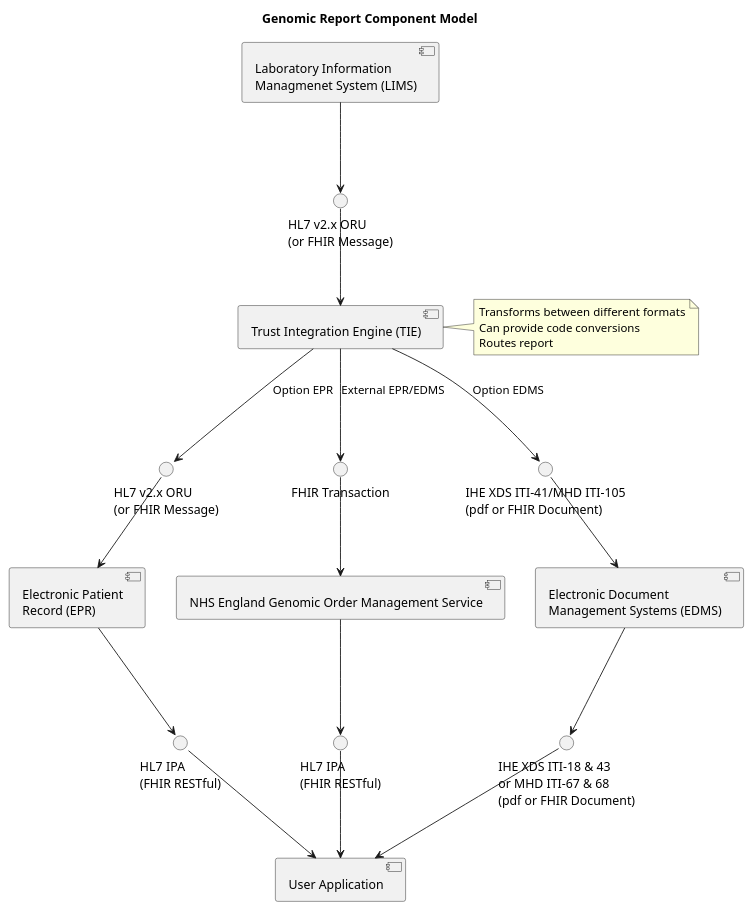
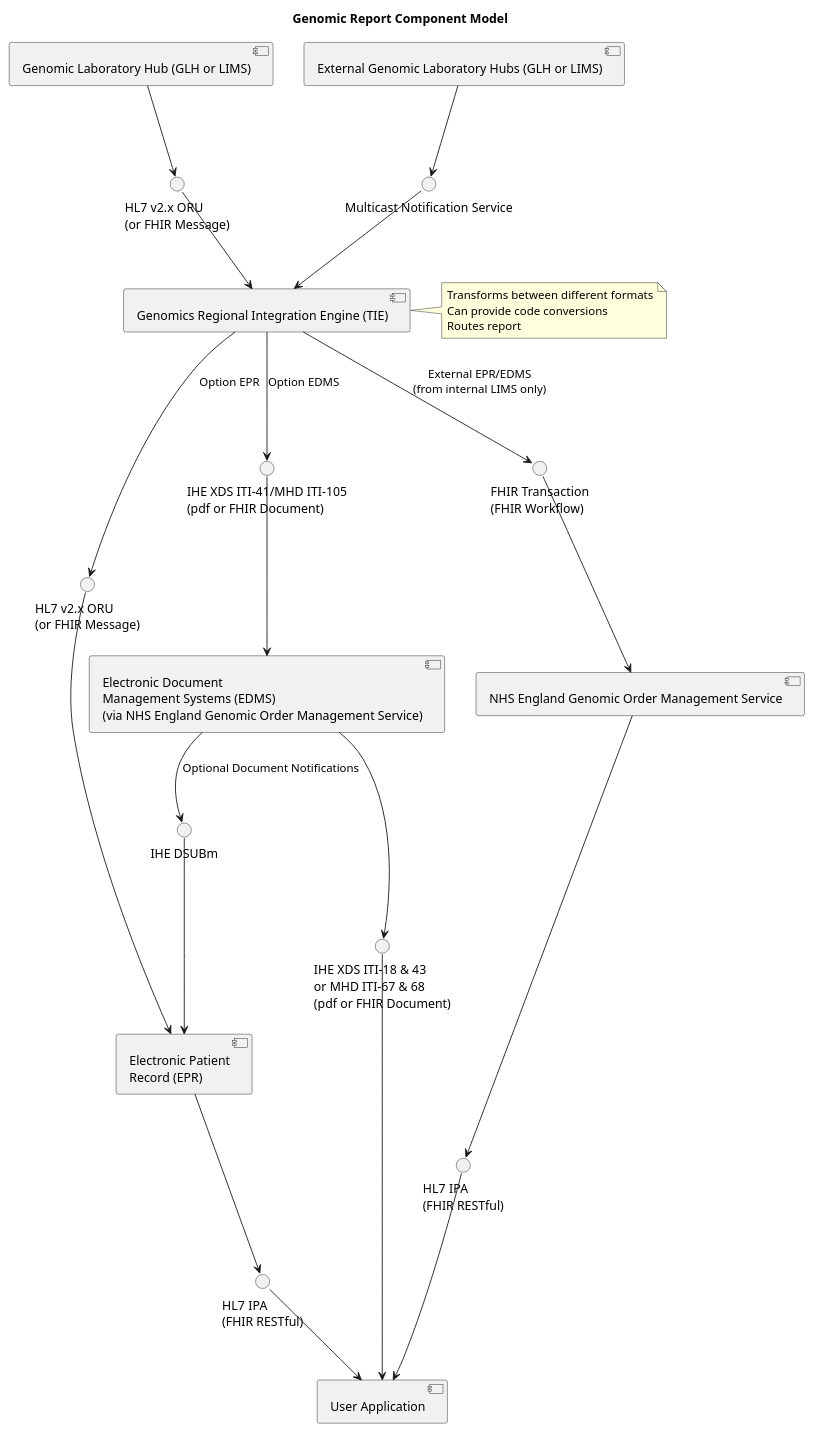
One commit to nw-gmsa/nw-gmsa.github.com changed the diagram in input/images-source/reports-component.plantuml. Above: the diagram before and after it, drawn with PlantUML. The commit also changed 1 other file, not shown here.

```diff
--- a/input/images-source/reports-component.plantuml
+++ b/input/images-source/reports-component.plantuml
@@ -1,51 +1,61 @@
 @startuml
 
 title "Genomic Report Component Model"
 
-component "Laboratory Information\nManagmenet System (LIMS)" as LIMS
+component "Genomic Laboratory Hub (GLH or LIMS)" as LIMS
+component "External Genomic Laboratory Hubs (GLH or LIMS)" as xLIMS
 
 component "Electronic Patient\nRecord (EPR)" as EPR
 
-component "Electronic Document\nManagement Systems (EDMS)" as EDMS
+component "Electronic Document\nManagement Systems (EDMS)\n(via NHS England Genomic Order Management Service)" as EDMS
 
-component "Trust Integration Engine (TIE)" as TIE
+component "Genomics Regional Integration Engine (TIE)" as TIE
 component "NHS England Genomic Order Management Service" as GOMS
 
 interface "HL7 v2.x ORU\n(or FHIR Message)" as HL7_ORU1
 interface "HL7 v2.x ORU\n(or FHIR Message)" as HL7_ORU2
-interface "FHIR Transaction" as Transaction
+interface "Multicast Notification Service" as MNS
+interface "FHIR Transaction\n(FHIR Workflow)" as Transaction
 interface "IHE XDS ITI-41/MHD ITI-105\n(pdf or FHIR Document)" as MHD105
 interface "HL7 IPA\n(FHIR RESTful)" as IPA
 interface "IHE XDS ITI-18 & 43\nor MHD ITI-67 & 68\n(pdf or FHIR Document)" as MHD67
 
 interface "HL7 IPA\n(FHIR RESTful)" as IPA2
 
+interface "IHE DSUBm" as DSUBm
+
 component "User Application" as user
 
 LIMS -d-> HL7_ORU1
 HL7_ORU1 -d-> TIE
+
+xLIMS -d-> MNS
+MNS -d-> TIE
 
 TIE -d-> HL7_ORU2 : Option EPR
 HL7_ORU2 -d-> EPR
 
 TIE -d-> MHD105 : Option EDMS
 MHD105 -d-> EDMS
 
-TIE -d-> Transaction : External EPR/EDMS
+TIE -d-> Transaction : External EPR/EDMS\n(from internal LIMS only)
 Transaction -d-> GOMS
 GOMS -d-> IPA2
 
 EDMS -d-> MHD67
 EPR -d-> IPA
 
 IPA -d-> user
 MHD67 -d-> user
 IPA2 -d-> user
 
+EDMS --> DSUBm : Optional Document Notifications
+DSUBm --> EPR
+
 note right of TIE
 Transforms between different formats
 Can provide code conversions
 Routes report
 end note
 
 @enduml
```
